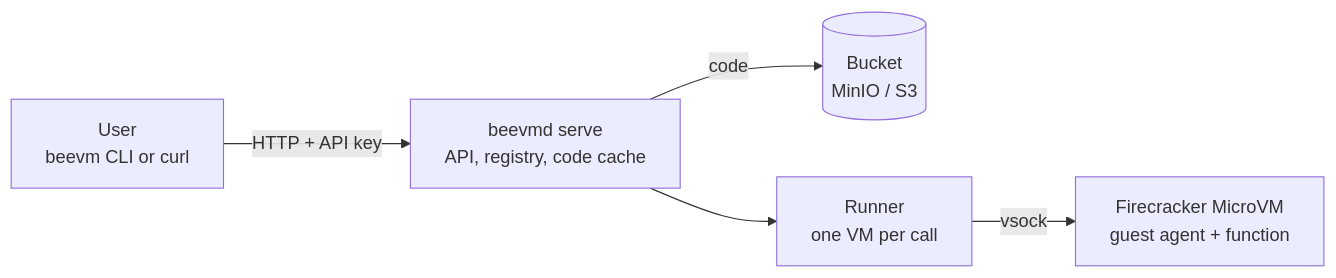
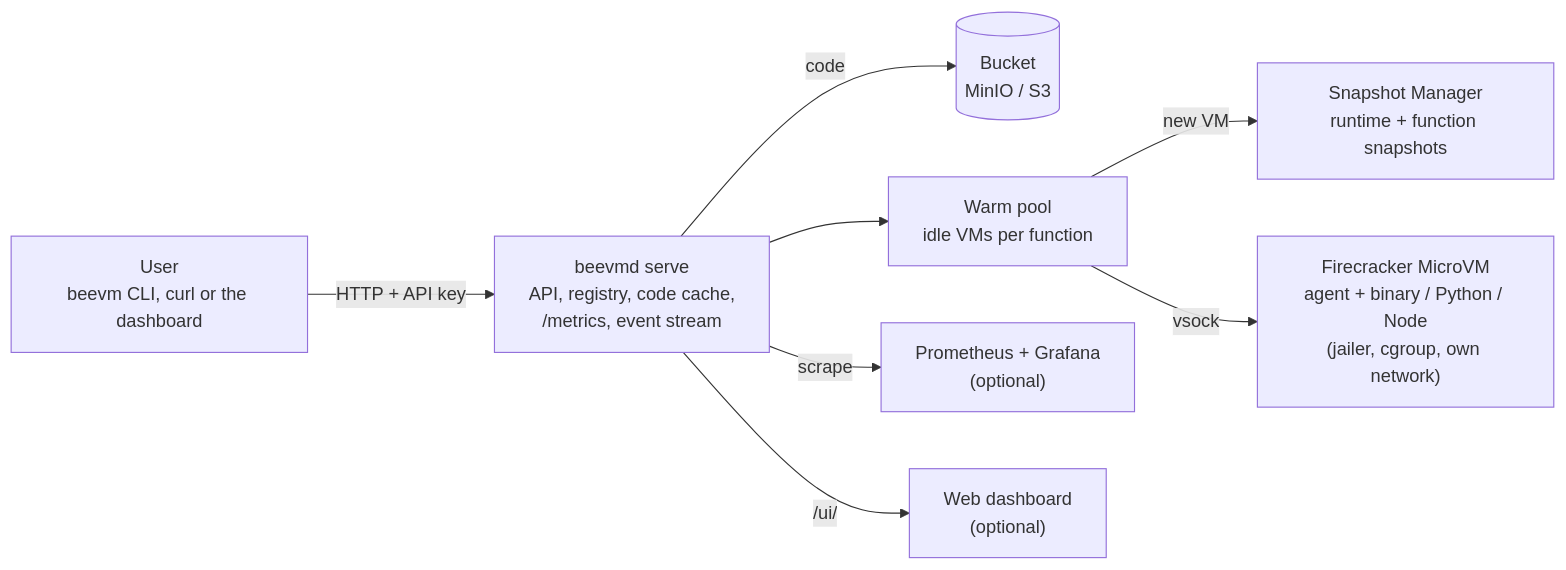
Before and after one commit to om8P/BeeVM: the diagram in developer-guide/demo.md, drawn with Mermaid. The commit also changed other lines of this file and 5 other files, not shown here.

````diff
--- a/developer-guide/demo.md
+++ b/developer-guide/demo.md
@@ -9,7 +9,10 @@
 ```mermaid
 flowchart LR
-    U["User<br/>beevm CLI or curl"] -->|"HTTP + API key"| API["beevmd serve<br/>API, registry, code cache"]
+    U["User<br/>beevm CLI, curl or the dashboard"] -->|"HTTP + API key"| API["beevmd serve<br/>API, registry, code cache,<br/>/metrics, event stream"]
     API -->|"code"| S3[("Bucket<br/>MinIO / S3")]
-    API --> R["Runner<br/>one VM per call"]
-    R -->|"vsock"| VM["Firecracker MicroVM<br/>guest agent + function"]
+    API --> P["Warm pool<br/>idle VMs per function"]
+    P -->|"new VM"| SM["Snapshot Manager<br/>runtime + function snapshots"]
+    P -->|"vsock"| VM["Firecracker MicroVM<br/>agent + binary / Python / Node<br/>(jailer, cgroup, own network)"]
+    API -->|"scrape"| PR["Prometheus + Grafana<br/>(optional)"]
+    API -->|"/ui/"| D["Web dashboard<br/>(optional)"]
 ```
````
